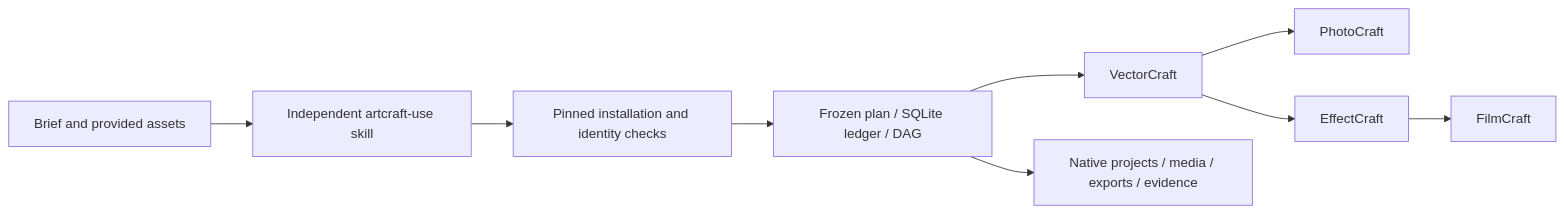
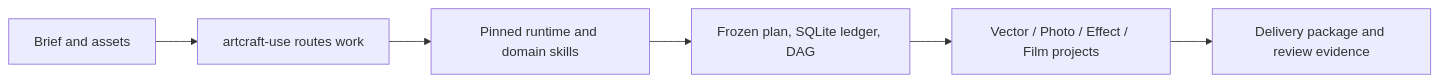
The diagram in README.md (full-aigc-plugins/artcraft-plugin), drawn with Mermaid before and after one commit. The commit also changed other lines of this file and 3 other files, not shown here.

````diff
--- a/README.md
+++ b/README.md
@@ -218,11 +73,8 @@
 ```mermaid
 flowchart LR
- U[Brief and provided assets] --> S[Independent artcraft-use skill]
- S --> I[Pinned installation and identity checks]
- I --> H[Frozen plan / SQLite ledger / DAG]
- H --> V[VectorCraft]
- V --> P[PhotoCraft]
- V --> E[EffectCraft]
- E --> F[FilmCraft]
- H --> A[Native projects / media / exports / evidence]
+    A[Brief and assets] --> B[artcraft-use routes work]
+    B --> C[Pinned runtime and domain skills]
+    C --> D[Frozen plan, SQLite ledger, DAG]
+    D --> E[Vector / Photo / Effect / Film projects]
+    E --> F[Delivery package and review evidence]
 ```
````
